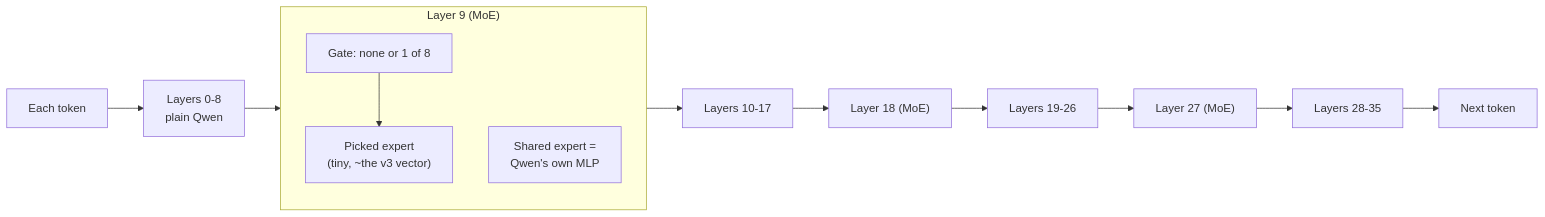
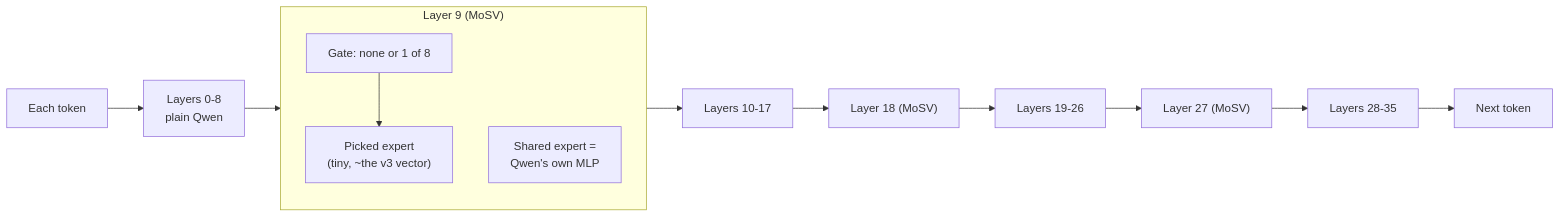
The diagram in paper/paper_v4.md (mhndayesh/mosv), drawn with Mermaid before and after one commit. The commit also changed other lines of this file and 2 other files, not shown here.

````diff
--- a/paper/paper_v4.md
+++ b/paper/paper_v4.md
@@ -88,12 +95,12 @@
 ```mermaid
 flowchart LR
     T[Each token] --> D1["Layers 0-8<br/>plain Qwen"]
     D1 --> M1
-    subgraph M1["Layer 9 (MoE)"]
+    subgraph M1["Layer 9 (MoSV)"]
         direction TB
         G1["Gate: none or 1 of 8"] --> E1["Picked expert<br/>(tiny, ~the v3 vector)"]
         S1["Shared expert =<br/>Qwen's own MLP"]
     end
-    M1 --> D2["Layers 10-17"] --> M2["Layer 18 (MoE)"] --> D3["Layers 19-26"] --> M3["Layer 27 (MoE)"] --> D4["Layers 28-35"]
+    M1 --> D2["Layers 10-17"] --> M2["Layer 18 (MoSV)"] --> D3["Layers 19-26"] --> M3["Layer 27 (MoSV)"] --> D4["Layers 28-35"]
     D4 --> O[Next token]
 ```
````
